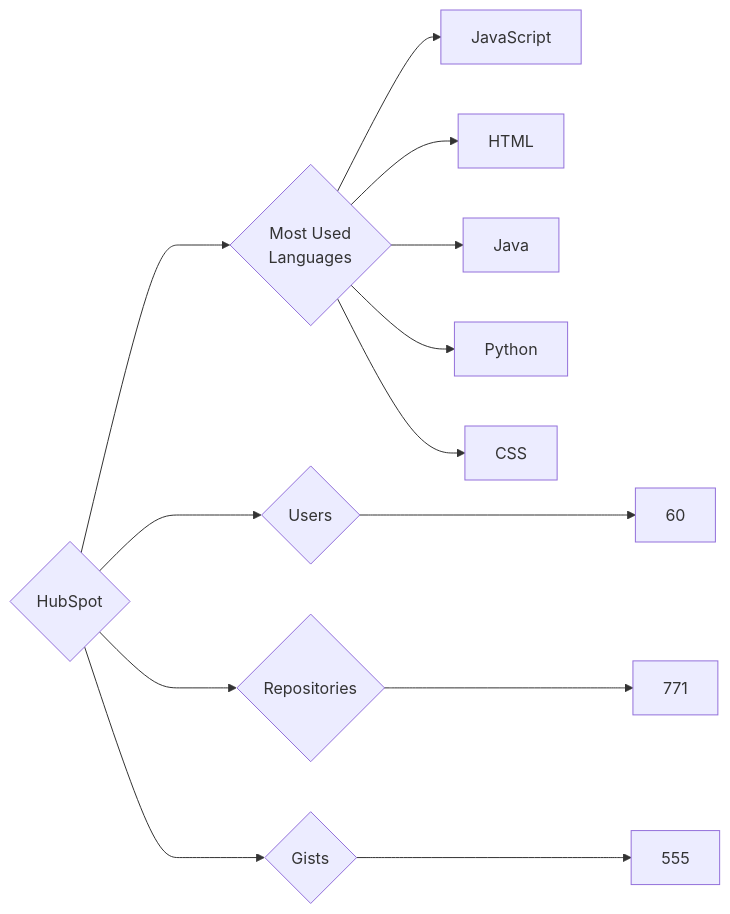
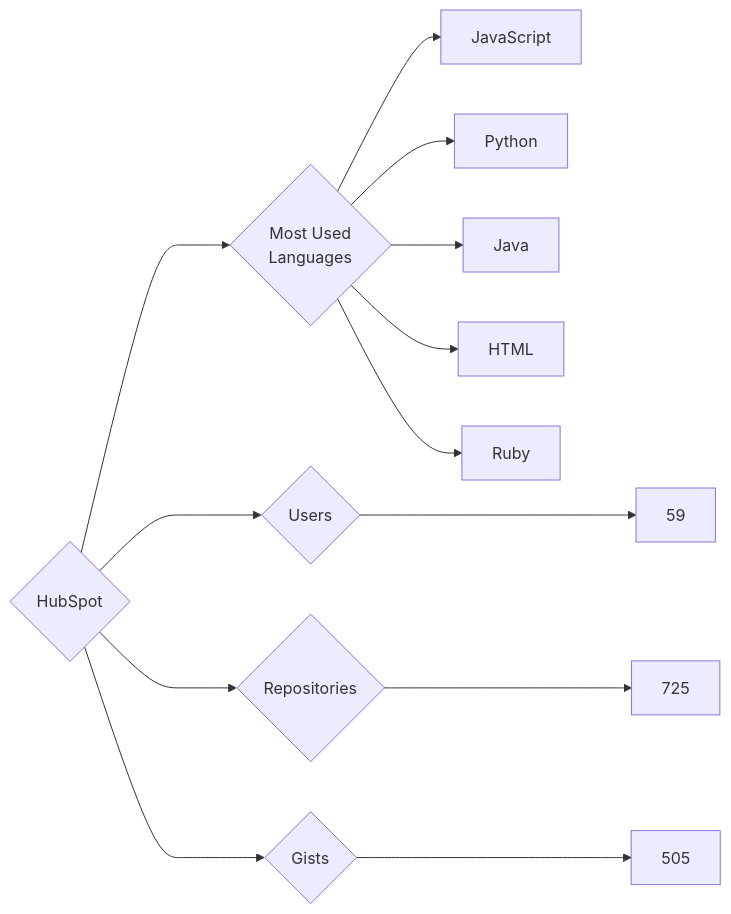
One commit to trickest/insiders changed the diagram in targets/HubSpot/README.md. Above: the diagram before and after it, drawn with Mermaid. The commit also changed 900 other files, not shown here.

````diff
--- a/targets/HubSpot/README.md
+++ b/targets/HubSpot/README.md
@@ -3,13 +3,13 @@
 ```mermaid
 graph LR
 COMPANY_NAME{HubSpot}
-COMPANY_NAME ---> U{Users} ---> UN[60]
-COMPANY_NAME ---> R{Repositories} ---> RN[771]
-COMPANY_NAME ---> G{Gists} ---> GN[555]
+COMPANY_NAME ---> U{Users} ---> UN[59]
+COMPANY_NAME ---> R{Repositories} ---> RN[725]
+COMPANY_NAME ---> G{Gists} ---> GN[505]
 COMPANY_NAME ---> ML{Most Used<br>Languages}
 ML --> JavaScript[JavaScript]
+ML --> Python[Python]
+ML --> Java[Java]
 ML --> HTML[HTML]
-ML --> Java[Java]
-ML --> Python[Python]
-ML --> CSS[CSS]
+ML --> Ruby[Ruby]
 ```
````
